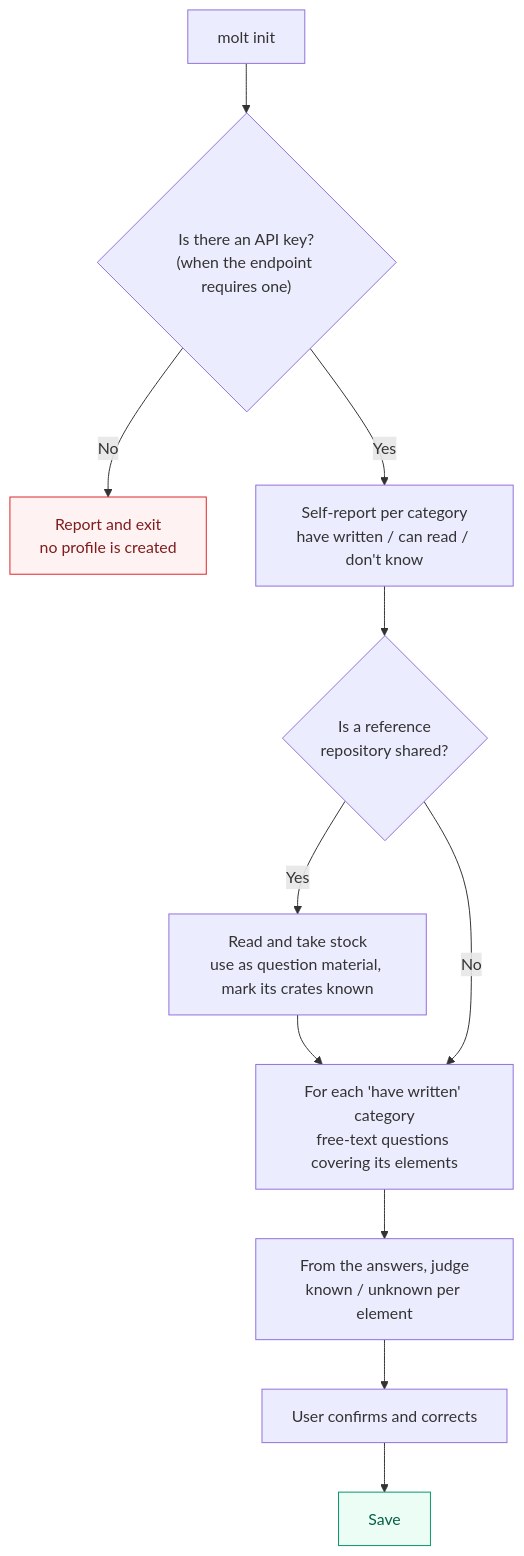
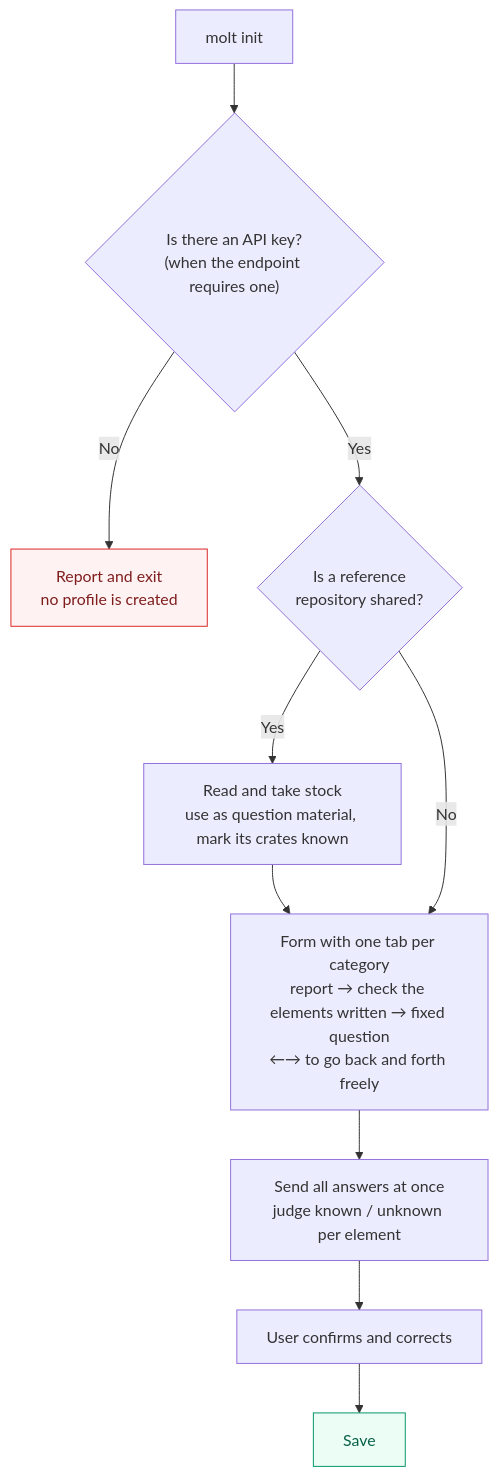
The third of 9 diagrams in PRD.md (sumiredc/molt), drawn with Mermaid before and after one commit. The commit also changed other lines of this file and 1 other file, not shown here.

````diff
--- a/PRD.md
+++ b/PRD.md
@@ -130,13 +130,12 @@
 ```mermaid
 flowchart TB
   S["molt init"] --> K{"Is there an API key?<br/>(when the endpoint requires one)"}
   K -- "No" --> X1["Report and exit<br/>no profile is created"]:::bad
-  K -- "Yes" --> D["Self-report per category<br/>have written / can read / don't know"]
-  D --> R{"Is a reference<br/>repository shared?"}
-  R -- "Yes" --> RS["Read and take stock<br/>use as question material, mark its crates known"] --> Q
-  R -- "No" --> Q
-  Q["For each 'have written' category<br/>free-text questions covering its elements"] --> J["From the answers, judge<br/>known / unknown per element"]
+  K -- "Yes" --> R{"Is a reference<br/>repository shared?"}
+  R -- "Yes" --> RS["Read and take stock<br/>use as question material, mark its crates known"] --> F
+  R -- "No" --> F
+  F["Form with one tab per category<br/>report → check the elements written → fixed question<br/>←→ to go back and forth freely"] --> J["Send all answers at once<br/>judge known / unknown per element"]
   J --> V["User confirms and corrects"] --> SV["Save"]:::ok
   classDef ok   fill:#ecfdf5,stroke:#059669,color:#065f46
   classDef bad  fill:#fef2f2,stroke:#dc2626,color:#7f1d1d
 ```
````
